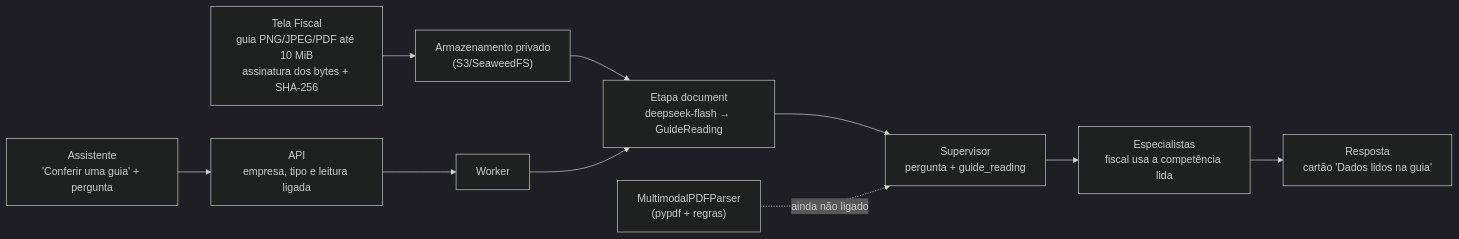
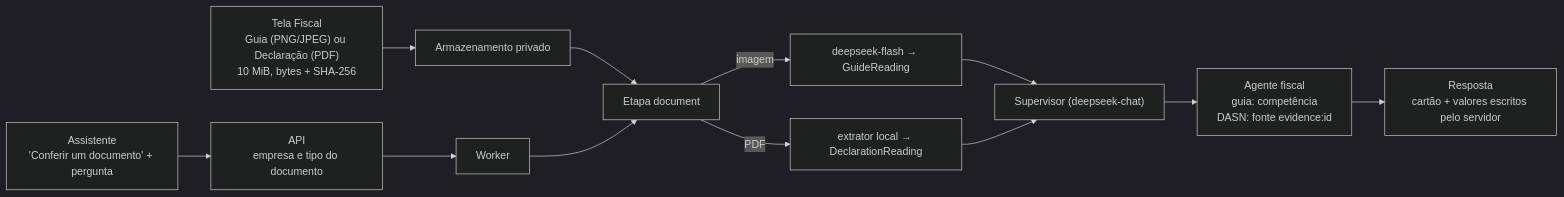
The diagram in docs/arquitetura/multimodal-limitacoes-e-mitigacoes.md (ingrdsoares/RES-IA-Challenge-2), drawn with Mermaid (dark theme) before and after one commit. The commit also changed other lines of this file and 2 other files, not shown here.

First line of the commit message:
docs(entrega): multimodal com texto, imagem e PDF de ponta a ponta só com DeepSeek

````diff
--- a/docs/arquitetura/multimodal-limitacoes-e-mitigacoes.md
+++ b/docs/arquitetura/multimodal-limitacoes-e-mitigacoes.md
@@ -22,11 +22,14 @@
 ```mermaid
 flowchart LR
-    F["Tela Fiscal\nguia PNG/JPEG/PDF até 10 MiB\nassinatura dos bytes + SHA-256"] --> S3["Armazenamento privado\n(S3/SeaweedFS)"]
-    A["Assistente\n'Conferir uma guia' + pergunta"] --> API["API\nempresa, tipo e leitura ligada"]
+    F["Tela Fiscal\nGuia (PNG/JPEG) ou Declaração (PDF)\n10 MiB, bytes + SHA-256"] --> S3["Armazenamento privado"]
+    A["Assistente\n'Conferir um documento' + pergunta"] --> API["API\nempresa e tipo do documento"]
     API --> W["Worker"]
-    S3 --> D["Etapa document\ndeepseek-flash → GuideReading"]
-    W --> D --> P["Supervisor\npergunta + guide_reading"]
-    P --> E["Especialistas\nfiscal usa a competência lida"]
-    E --> R["Resposta\ncartão 'Dados lidos na guia'"]
-    PDF["MultimodalPDFParser\n(pypdf + regras)"] -. ainda não ligado .-> P
+    S3 --> D["Etapa document"]
+    W --> D
+    D -->|imagem| V["deepseek-flash → GuideReading"]
+    D -->|PDF| X["extrator local → DeclarationReading"]
+    V --> P["Supervisor (deepseek-chat)"]
+    X --> P
+    P --> E["Agente fiscal\nguia: competência\nDASN: fonte evidence:id"]
+    E --> R["Resposta\ncartão + valores escritos pelo servidor"]
 ```
````
